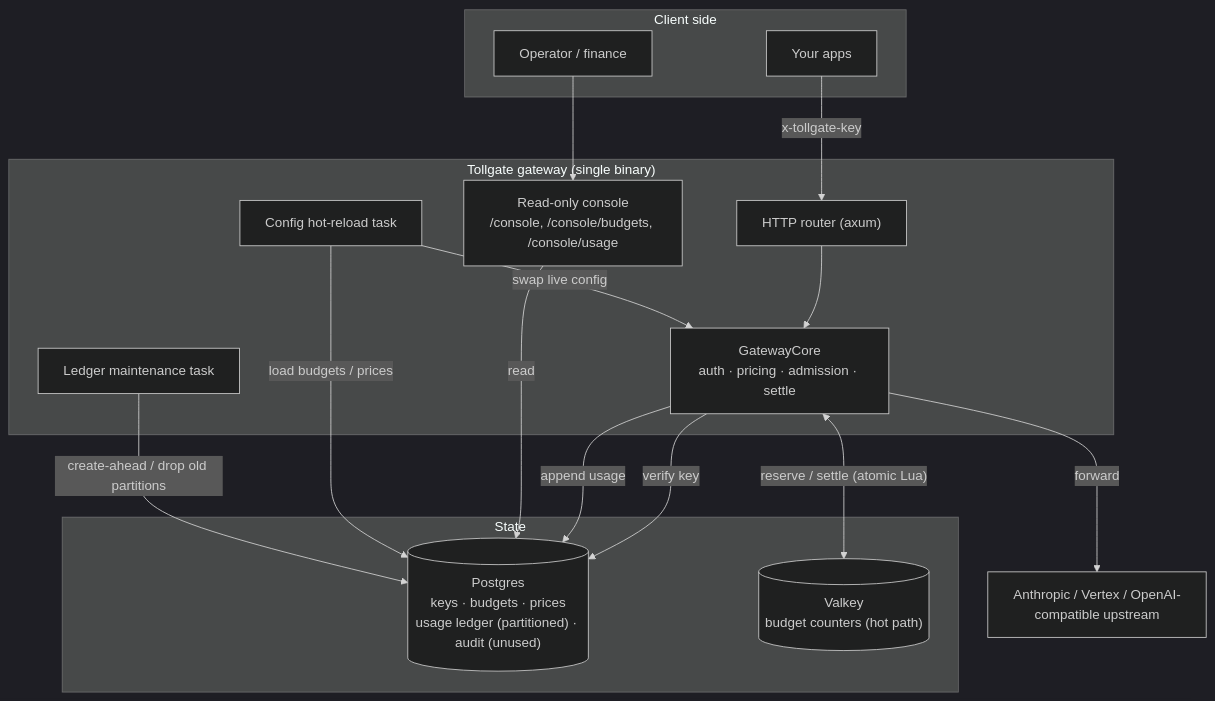
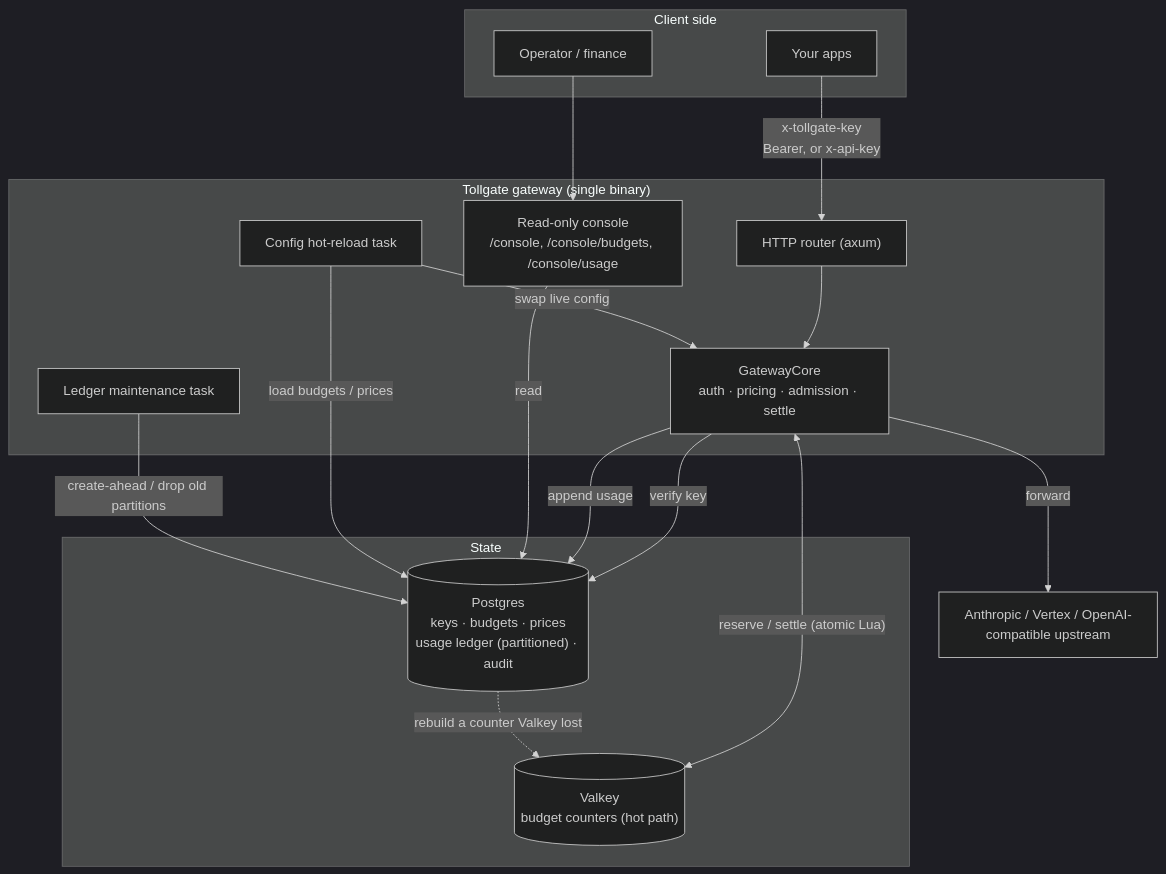
The first of 3 diagrams in docs/ARCHITECTURE.md (sakura-sky/tollgate), drawn with Mermaid (dark theme) before and after one commit. The commit also changed other lines of this file and 27 other files, not shown here.

````diff
--- a/docs/ARCHITECTURE.md
+++ b/docs/ARCHITECTURE.md
@@ -8,33 +8,34 @@
 ```mermaid
 flowchart TB
   subgraph client["Client side"]
     app["Your apps"]
     ops["Operator / finance"]
   end
 
   subgraph tollgate["Tollgate gateway (single binary)"]
     router["HTTP router (axum)"]
     core["GatewayCore<br/>auth · pricing · admission · settle"]
     console["Read-only console<br/>/console, /console/budgets, /console/usage"]
     reload["Config hot-reload task"]
     maint["Ledger maintenance task"]
   end
 
   subgraph state["State"]
-    pg[("Postgres<br/>keys · budgets · prices<br/>usage ledger (partitioned) · audit (unused)")]
+    pg[("Postgres<br/>keys · budgets · prices<br/>usage ledger (partitioned) · audit")]
     vk[("Valkey<br/>budget counters (hot path)")]
   end
 
   prov["Anthropic / Vertex / OpenAI-compatible upstream"]
 
-  app -->|"x-tollgate-key"| router --> core
+  app -->|"x-tollgate-key<br/>Bearer, or x-api-key"| router --> core
   ops --> console
   core -->|"verify key"| pg
   core <-->|"reserve / settle (atomic Lua)"| vk
+  pg -.->|"rebuild a counter Valkey lost"| vk
   core -->|"append usage"| pg
   core -->|"forward"| prov
   console -->|"read"| pg
   reload -->|"load budgets / prices"| pg
   reload -->|"swap live config"| core
   maint -->|"create-ahead / drop old partitions"| pg
 ```
````
